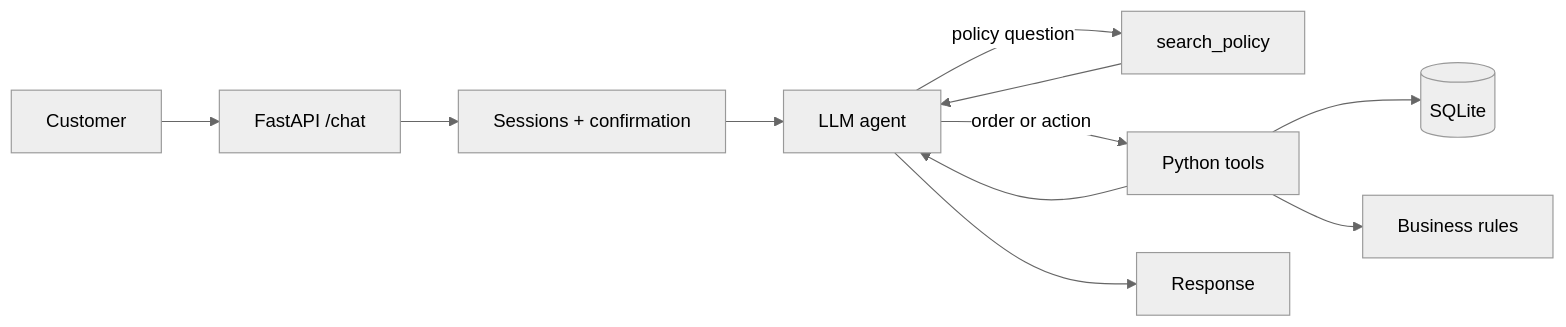
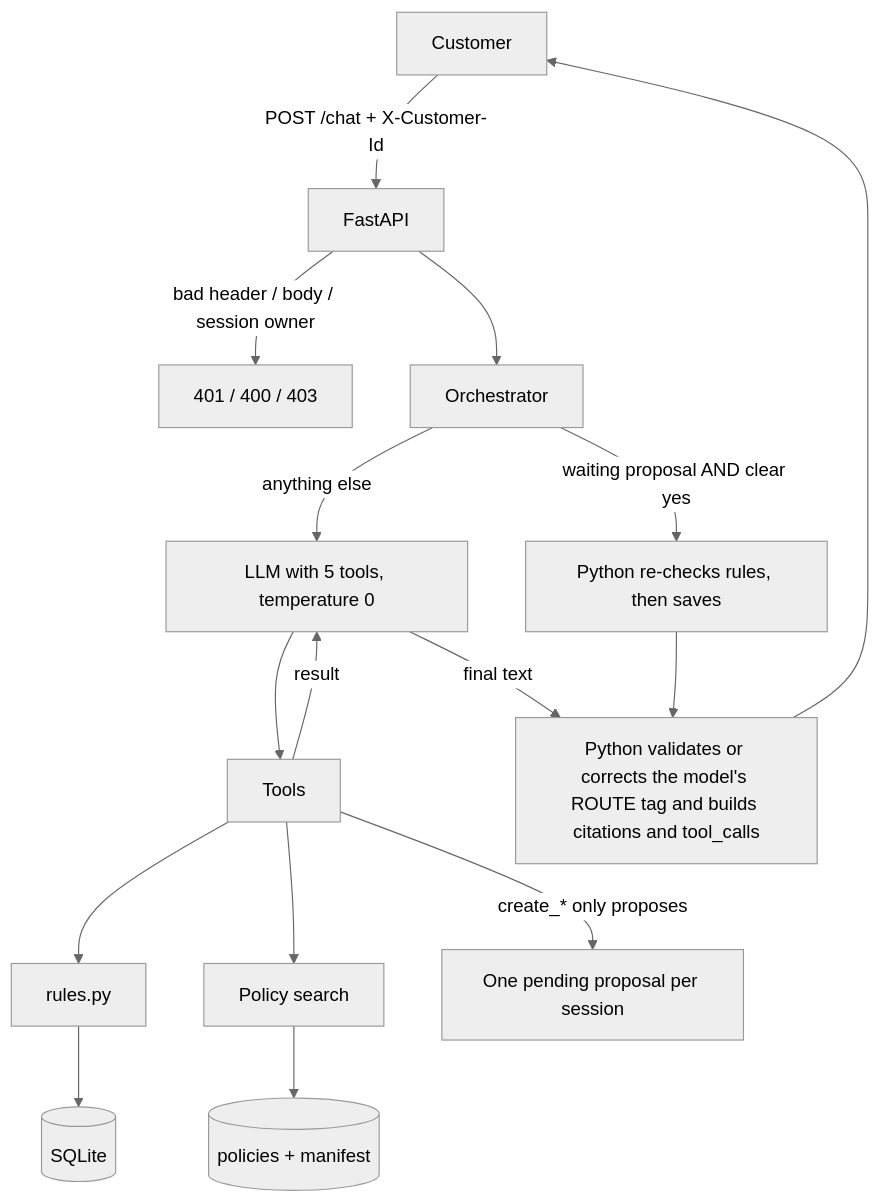
The diagram in README.md (Surya-Hariharan/ResolveBot), drawn with Mermaid (neutral theme) before and after one commit. The commit also changed other lines of this file, not shown here.

Commit message:
docs: update README with architecture, evaluation results, and project details

````diff
--- a/README.md
+++ b/README.md
@@ -44,13 +16,15 @@
 ```mermaid
-flowchart LR
-  C[Customer] --> API[FastAPI /chat]
-  API --> S[Sessions + confirmation]
-  S --> A[LLM agent]
-  A -->|policy question| R[search_policy]
-  A -->|order or action| T[Python tools]
-  T --> D[(SQLite)]
-  T --> B[Business rules]
-  R --> A
-  T --> A
-  A --> O[Response]
+flowchart TD
+  C[Customer] -->|POST /chat + X-Customer-Id| API[FastAPI]
+  API -->|bad header / body / session owner| ERR[401 / 400 / 403]
+  API --> O[Orchestrator]
+  O -->|waiting proposal AND clear yes| SAVE[Python re-checks rules, then saves]
+  O -->|anything else| LLM[LLM with 5 tools, temperature 0]
+  LLM --> TOOLS[Tools]
+  TOOLS --> RULES[rules.py] --> DB[(SQLite)]
+  TOOLS --> RAG[Policy search] --> DOCS[(policies + manifest)]
+  TOOLS -->|create_* only proposes| PROP[One pending proposal per session]
+  TOOLS -->|result| LLM
+  LLM -->|final text| BUILD[Python validates or corrects the model's ROUTE tag and builds citations and tool_calls]
+  SAVE --> BUILD --> C
 ```
````
